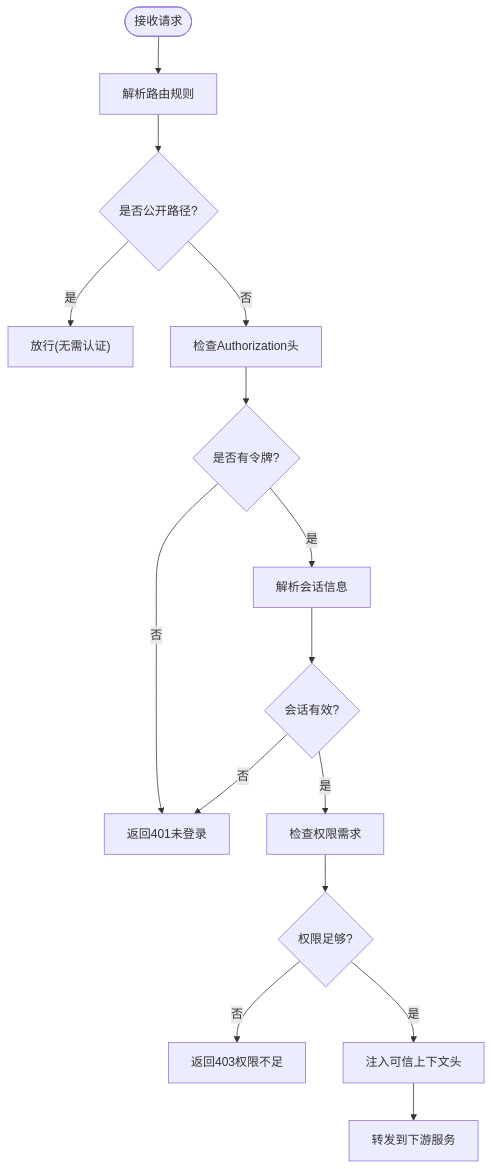
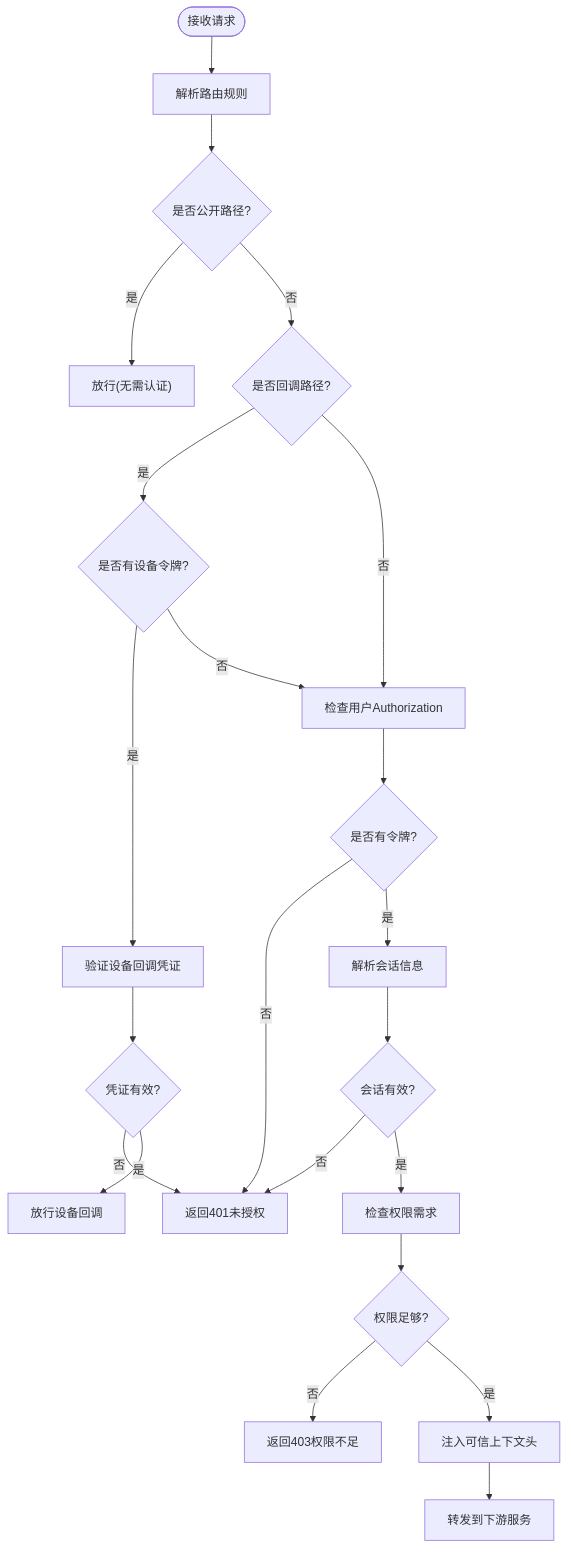
The third of 7 diagrams in .qoder/repowiki/zh/content/架构设计/安全架构.md (q446328246/agri-platform), drawn with Mermaid before and after one commit. The commit also changed other lines of this file and 52 other files, not shown here.

````diff
--- a/.qoder/repowiki/zh/content/架构设计/安全架构.md
+++ b/.qoder/repowiki/zh/content/架构设计/安全架构.md
@@ -126,17 +154,24 @@
 ```mermaid
 flowchart TD
 Start(["接收请求"]) --> Parse["解析路由规则"]
 Parse --> Public{"是否公开路径?"}
 Public --> |是| AllowPublic["放行(无需认证)"]
-Public --> |否| CheckToken["检查Authorization头"]
-CheckToken --> HasToken{"是否有令牌?"}
-HasToken --> |否| Return401["返回401未登录"]
+Public --> |否| CheckCallback{"是否回调路径?"}
+CheckCallback --> |是| DeviceToken{"是否有设备令牌?"}
+DeviceToken --> |是| ValidateDevice["验证设备回调凭证"]
+ValidateDevice --> DeviceOK{"凭证有效?"}
+DeviceOK --> |否| Return401["返回401未授权"]
+DeviceOK --> |是| AllowCallback["放行设备回调"]
+DeviceToken --> |否| CheckUser["检查用户Authorization"]
+CheckCallback --> |否| CheckUser
+CheckUser --> HasToken{"是否有令牌?"}
+HasToken --> |否| Return401
 HasToken --> |是| ResolveSession["解析会话信息"]
 ResolveSession --> SessionOK{"会话有效?"}
 SessionOK --> |否| Return401
 SessionOK --> |是| CheckPermission["检查权限需求"]
 CheckPermission --> PermissionOK{"权限足够?"}
 PermissionOK --> |否| Return403["返回403权限不足"]
 PermissionOK --> |是| InjectContext["注入可信上下文头"]
 InjectContext --> Forward["转发到下游服务"]
 ```
````
